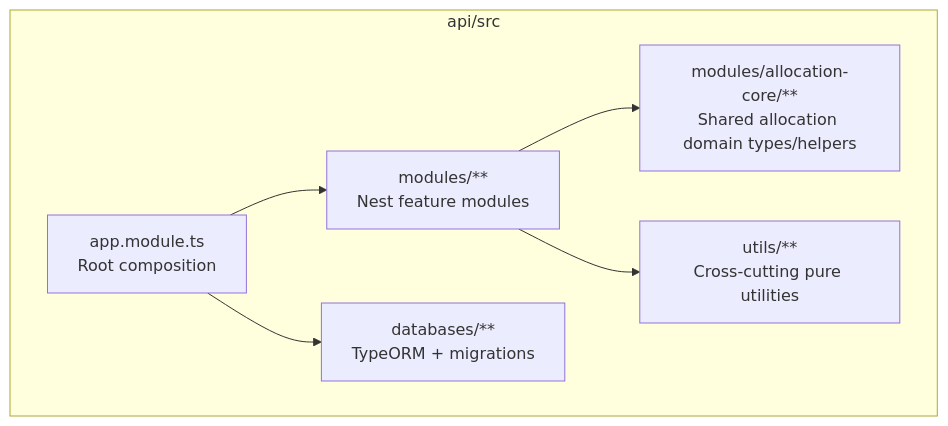
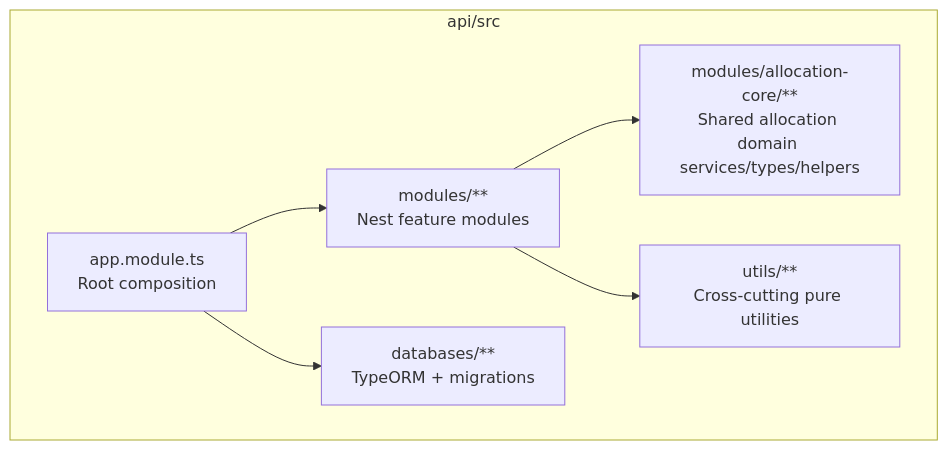
The second of 12 diagrams in api/docs/architecture/system-structure.md (eunsoogi/kkalla), drawn with Mermaid before and after one commit. The commit also changed other lines of this file and 110 other files, not shown here.

First line of the commit message:
fix(api): stabilize shared allocation and market-risk trade orchestration (#802)

````diff
--- a/api/docs/architecture/system-structure.md
+++ b/api/docs/architecture/system-structure.md
@@ -24,15 +24,15 @@
 ```mermaid
 flowchart TB
   subgraph SRC["api/src"]
     APP["app.module.ts\nRoot composition"]
     MOD["modules/**\nNest feature modules"]
-    CORE["modules/allocation-core/**\nShared allocation domain types/helpers"]
+    CORE["modules/allocation-core/**\nShared allocation domain services/types/helpers"]
     UTL["utils/**\nCross-cutting pure utilities"]
     DBL["databases/**\nTypeORM + migrations"]
   end
 
   APP --> MOD
   MOD --> CORE
   MOD --> UTL
   APP --> DBL
 ```
````
